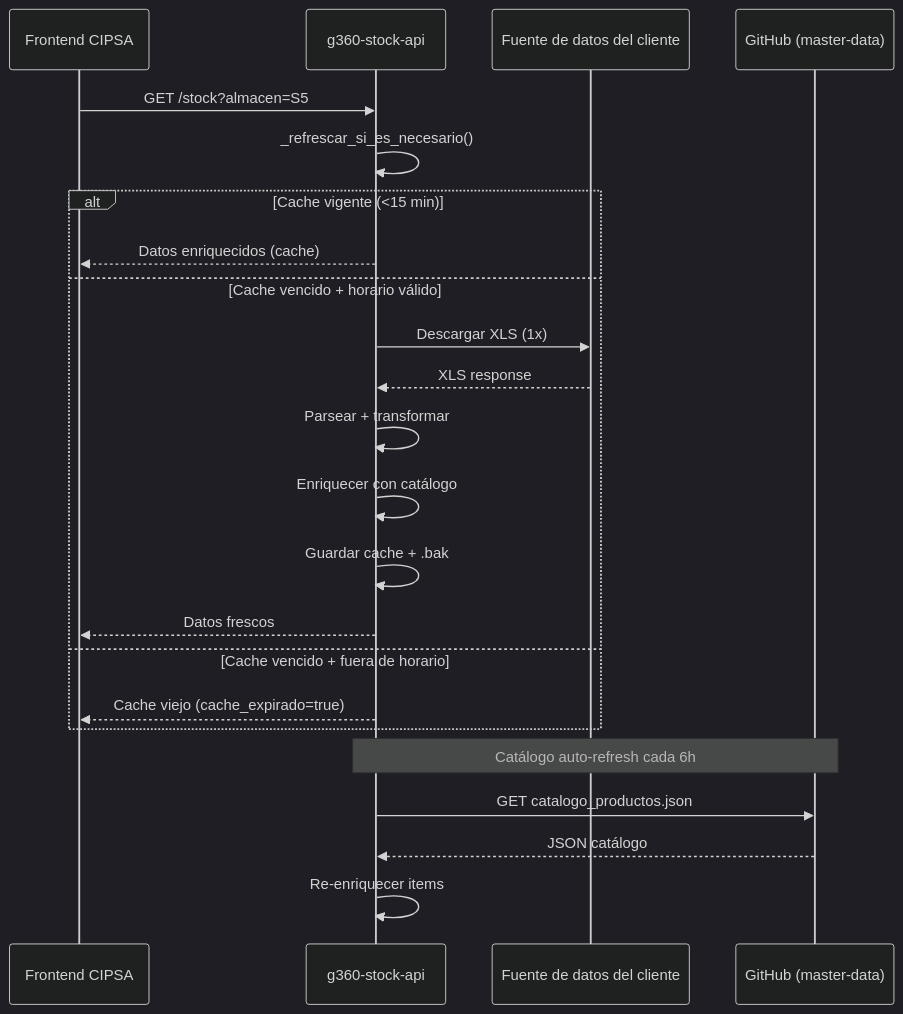
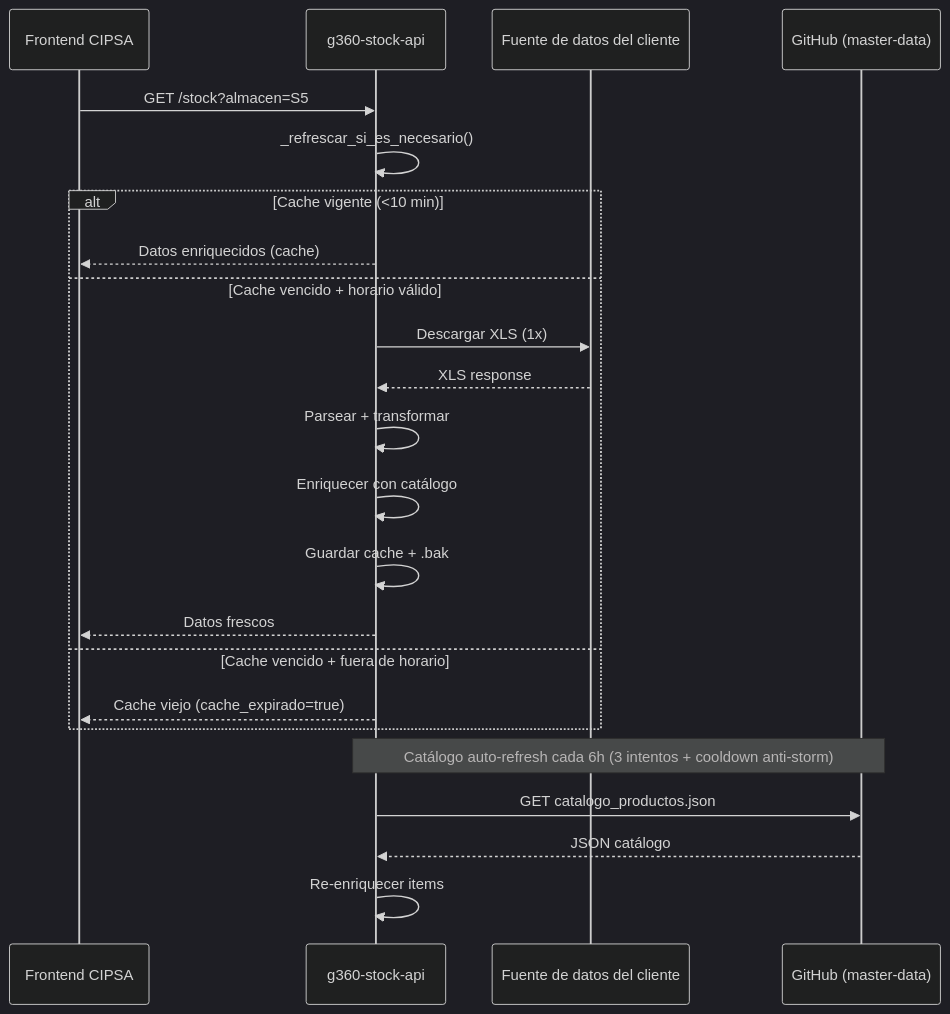
One commit to carloscus/g360-stock-api changed the second of 2 diagrams in README.md. Above: the diagram before and after it, drawn with Mermaid (dark theme). The commit also changed other lines of this file and 19 other files, not shown here.

````diff
--- a/README.md
+++ b/README.md
@@ -84,27 +84,27 @@
 ```mermaid
 sequenceDiagram
     participant FE as Frontend CIPSA
     participant API as g360-stock-api
     participant SOURCE as Fuente de datos del cliente
     participant GH as GitHub (master-data)
 
     FE->>API: GET /stock?almacen=S5
     API->>API: _refrescar_si_es_necesario()
-    alt Cache vigente (<15 min)
+    alt Cache vigente (<10 min)
         API-->>FE: Datos enriquecidos (cache)
     else Cache vencido + horario válido
         API->>SOURCE: Descargar XLS (1x)
         SOURCE-->>API: XLS response
         API->>API: Parsear + transformar
         API->>API: Enriquecer con catálogo
         API->>API: Guardar cache + .bak
         API-->>FE: Datos frescos
     else Cache vencido + fuera de horario
         API-->>FE: Cache viejo (cache_expirado=true)
     end
 
-    Note over API,GH: Catálogo auto-refresh cada 6h
+    Note over API,GH: Catálogo auto-refresh cada 6h (3 intentos + cooldown anti-storm)
     API->>GH: GET catalogo_productos.json
     GH-->>API: JSON catálogo
     API->>API: Re-enriquecer items
 ```
````
